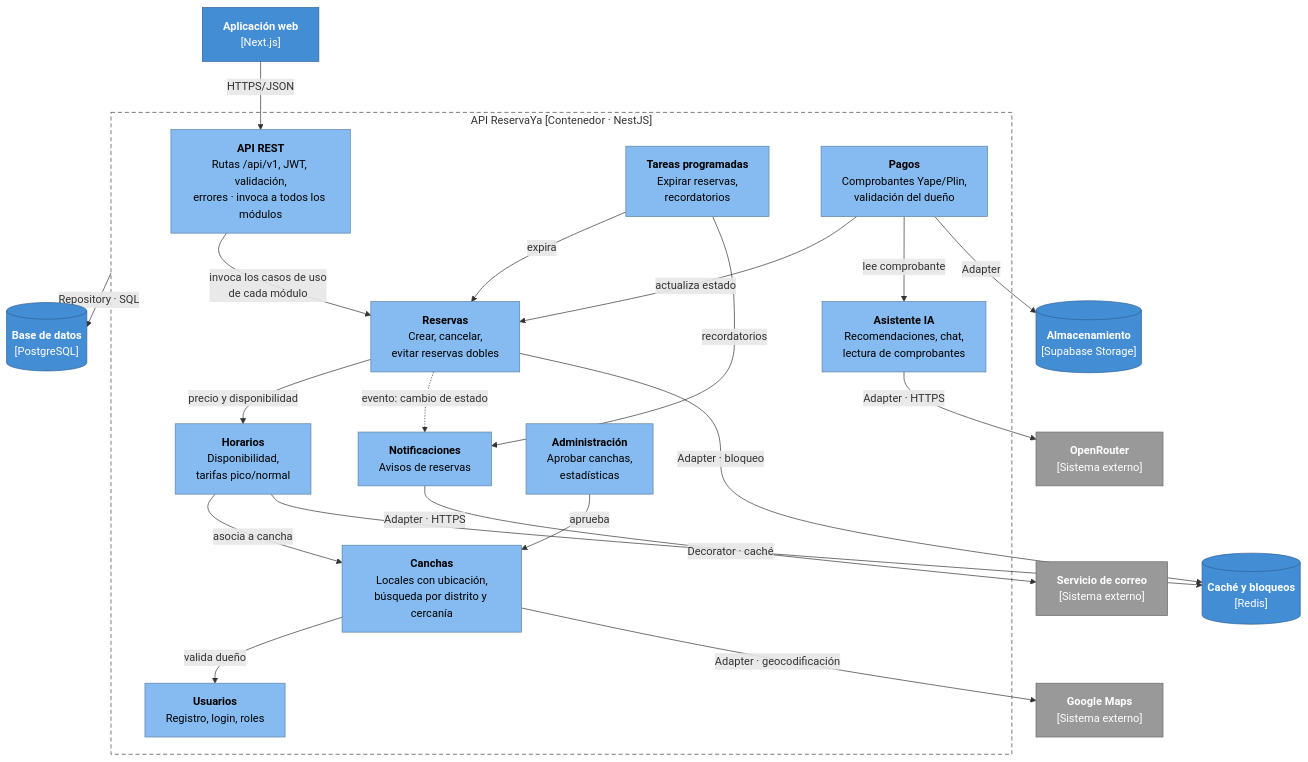
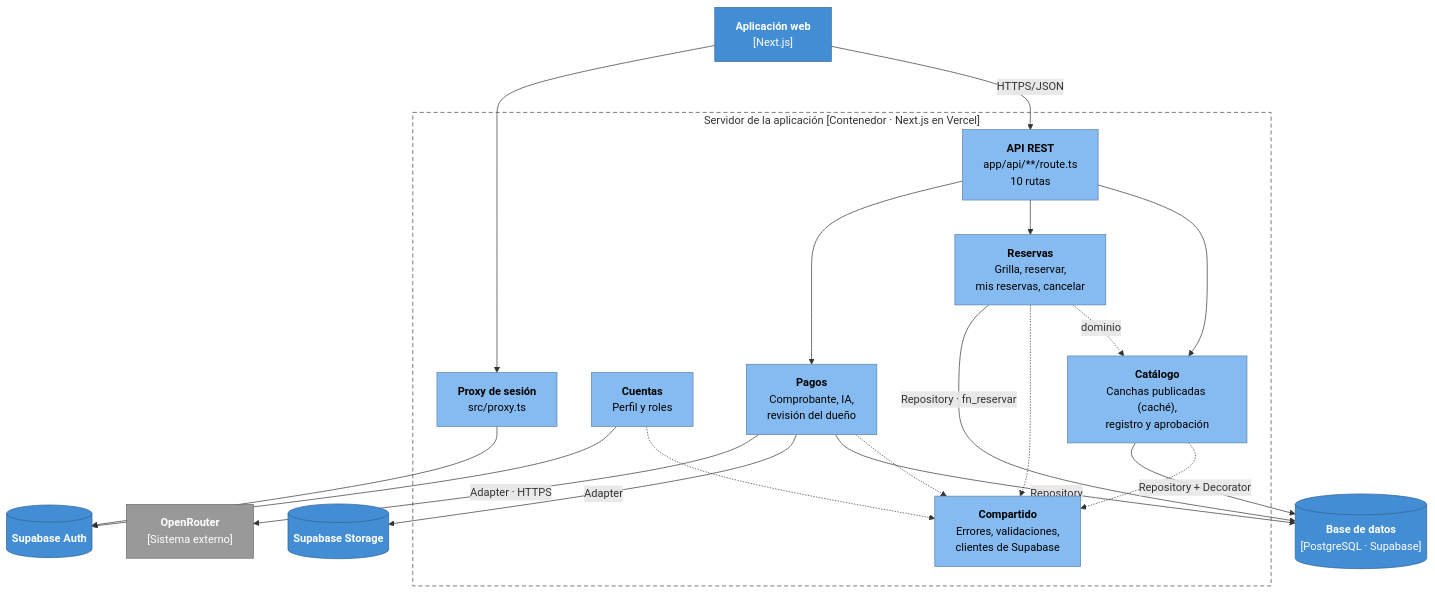
The diagram in img/fuentes-svg/nivel3-componentes.mmd (edhtsprado27-bit/ReservaYa-Ayacucho), drawn with Mermaid before and after one commit. The commit also changed 13 other files, not shown here.

```diff
--- a/img/fuentes-svg/nivel3-componentes.mmd
+++ b/img/fuentes-svg/nivel3-componentes.mmd
@@ -1,50 +1,39 @@
 flowchart TB
     web["<b>Aplicación web</b><br/>[Next.js]"]
 
-    subgraph api["API ReservaYa [Contenedor · NestJS]"]
-        rest["<b>API REST</b><br/>Rutas /api/v1, JWT, validación,<br/>errores · invoca a todos los módulos"]
-        usuarios["<b>Usuarios</b><br/>Registro, login, roles"]
-        canchas["<b>Canchas</b><br/>Locales con ubicación,<br/>búsqueda por distrito y cercanía"]
-        tareas["<b>Tareas programadas</b><br/>Expirar reservas,<br/>recordatorios"]
-        horarios["<b>Horarios</b><br/>Disponibilidad,<br/>tarifas pico/normal"]
-        reservas["<b>Reservas</b><br/>Crear, cancelar,<br/>evitar reservas dobles"]
-        pagos["<b>Pagos</b><br/>Comprobantes Yape/Plin,<br/>validación del dueño"]
-        ia["<b>Asistente IA</b><br/>Recomendaciones, chat,<br/>lectura de comprobantes"]
-        notif["<b>Notificaciones</b><br/>Avisos de reservas"]
-        adminm["<b>Administración</b><br/>Aprobar canchas,<br/>estadísticas"]
+    subgraph srv["Servidor de la aplicación [Contenedor · Next.js en Vercel]"]
+        rest["<b>API REST</b><br/>app/api/**/route.ts<br/>10 rutas"]
+        proxy["<b>Proxy de sesión</b><br/>src/proxy.ts"]
+        cuentas["<b>Cuentas</b><br/>Perfil y roles"]
+        catalogo["<b>Catálogo</b><br/>Canchas publicadas (caché),<br/>registro y aprobación"]
+        reservas["<b>Reservas</b><br/>Grilla, reservar,<br/>mis reservas, cancelar"]
+        pagos["<b>Pagos</b><br/>Comprobante, IA,<br/>revisión del dueño"]
+        comp["<b>Compartido</b><br/>Errores, validaciones,<br/>clientes de Supabase"]
     end
 
-    bd[("<b>Base de datos</b><br/>[PostgreSQL]")]
-    cache[("<b>Caché y bloqueos</b><br/>[Redis]")]
-    storage[("<b>Almacenamiento</b><br/>[Supabase Storage]")]
+    bd[("<b>Base de datos</b><br/>[PostgreSQL · Supabase]")]
+    auth[("<b>Supabase Auth</b>")]
+    storage[("<b>Supabase Storage</b>")]
     openrouter["<b>OpenRouter</b><br/>[Sistema externo]"]
-    correo["<b>Servicio de correo</b><br/>[Sistema externo]"]
-    maps["<b>Google Maps</b><br/>[Sistema externo]"]
 
     web -- "HTTPS/JSON" --> rest
-    rest -- "invoca los casos de uso<br/>de cada módulo" --> reservas
-    canchas -- "valida dueño" --> usuarios
-    horarios -- "asocia a cancha" --> canchas
-    reservas -- "precio y disponibilidad" --> horarios
-    pagos -- "actualiza estado" --> reservas
-    pagos -- "lee comprobante" --> ia
-    reservas -. "evento: cambio de estado" .-> notif
-    adminm -- "aprueba" --> canchas
+    web --> proxy
+    rest --> catalogo & reservas & pagos
+    proxy --> auth
+    reservas -. "dominio" .-> catalogo
+    catalogo & reservas & pagos & cuentas -.-> comp
 
-    reservas -- "Adapter · bloqueo" --> cache
-    horarios -- "Decorator · caché" --> cache
+    catalogo -- "Repository + Decorator" --> bd
+    reservas -- "Repository · fn_reservar" --> bd
+    pagos -- "Repository" --> bd
     pagos -- "Adapter" --> storage
-    ia -- "Adapter · HTTPS" --> openrouter
-    notif -- "Adapter · HTTPS" --> correo
-    canchas -- "Adapter · geocodificación" --> maps
-    tareas -- "expira" --> reservas
-    tareas -- "recordatorios" --> notif
-    api -- "Repository · SQL" --> bd
+    pagos -- "Adapter · HTTPS" --> openrouter
+    cuentas --> auth
 
     classDef contenedor fill:#438dd5,stroke:#2e6295,color:#fff
     classDef componente fill:#85bbf0,stroke:#5d82a8,color:#000
     classDef externo fill:#999999,stroke:#6b6b6b,color:#fff
-    class web,bd,cache,storage contenedor
-    class rest,usuarios,canchas,horarios,reservas,pagos,ia,notif,adminm,tareas componente
-    class openrouter,correo,maps externo
-    style api fill:none,stroke:#444,stroke-dasharray:6 4
+    class web,bd,auth,storage contenedor
+    class rest,proxy,cuentas,catalogo,reservas,pagos,comp componente
+    class openrouter externo
+    style srv fill:none,stroke:#444,stroke-dasharray:6 4
```
